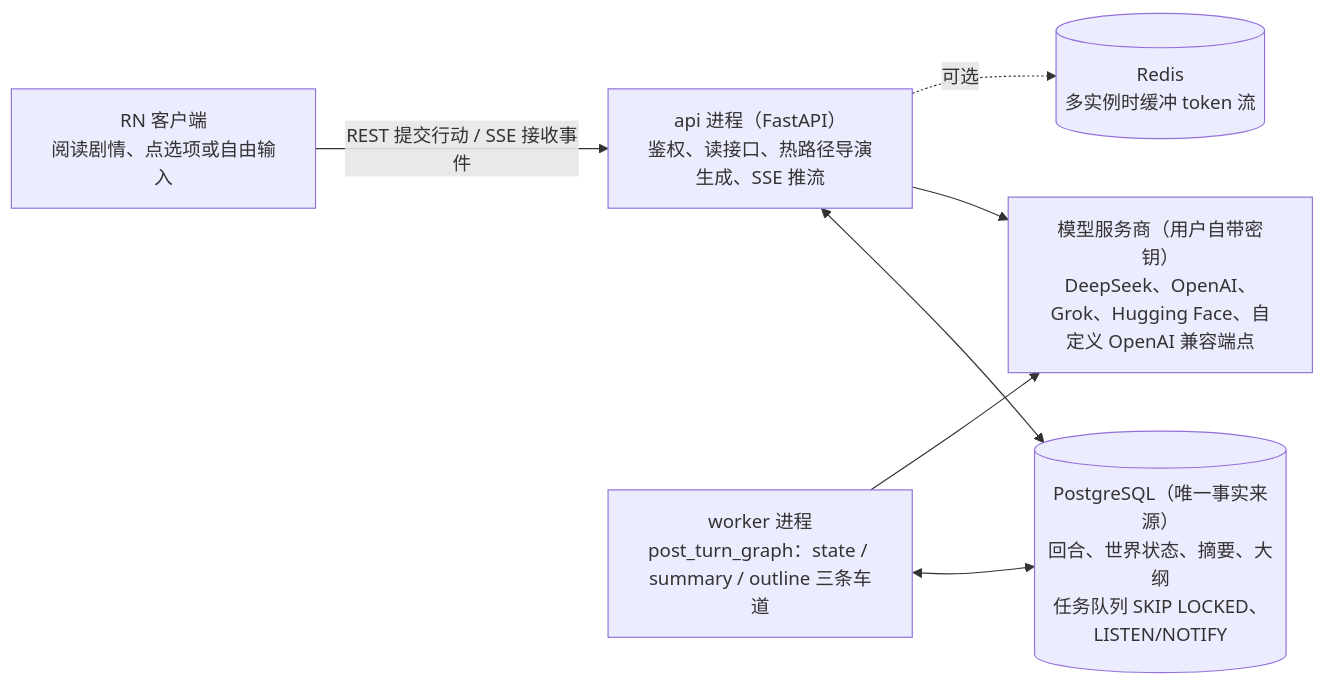
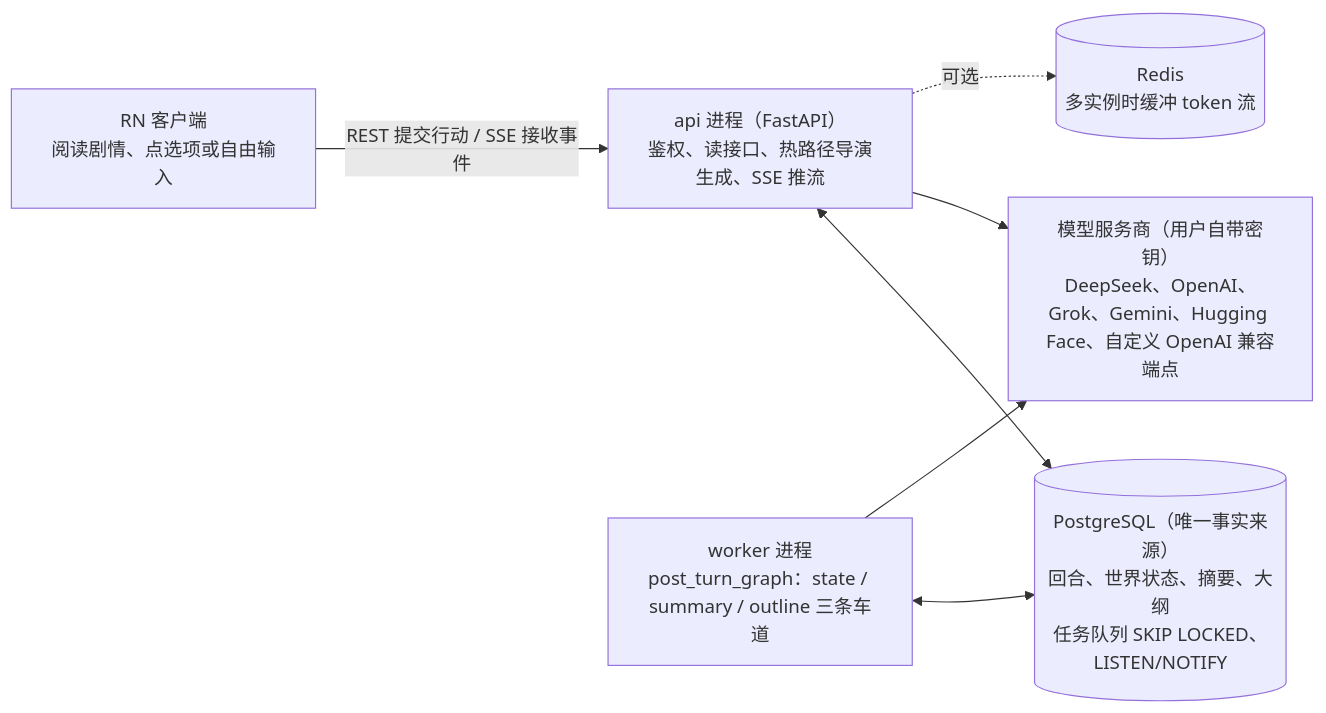
One commit to Hexthebaldy/BetterTavern changed the first of 2 diagrams in docs/backend.md. Above: the diagram before and after it, drawn with Mermaid. The commit also changed other lines of this file and 14 other files, not shown here.

````diff
--- a/docs/backend.md
+++ b/docs/backend.md
@@ -9,9 +9,9 @@
 ```mermaid
 flowchart LR
   client["RN 客户端<br/>阅读剧情、点选项或自由输入"] -- "REST 提交行动 / SSE 接收事件" --> api["api 进程（FastAPI）<br/>鉴权、读接口、热路径导演生成、SSE 推流"]
   api <--> pg[("PostgreSQL（唯一事实来源）<br/>回合、世界状态、摘要、大纲<br/>任务队列 SKIP LOCKED、LISTEN/NOTIFY")]
   worker["worker 进程<br/>post_turn_graph：state / summary / outline 三条车道"] <--> pg
-  api --> llm["模型服务商（用户自带密钥）<br/>DeepSeek、OpenAI、Grok、Hugging Face、自定义 OpenAI 兼容端点"]
+  api --> llm["模型服务商（用户自带密钥）<br/>DeepSeek、OpenAI、Grok、Gemini、Hugging Face、自定义 OpenAI 兼容端点"]
   worker --> llm
   api -. 可选 .-> redis[("Redis<br/>多实例时缓冲 token 流")]
 ```
````
